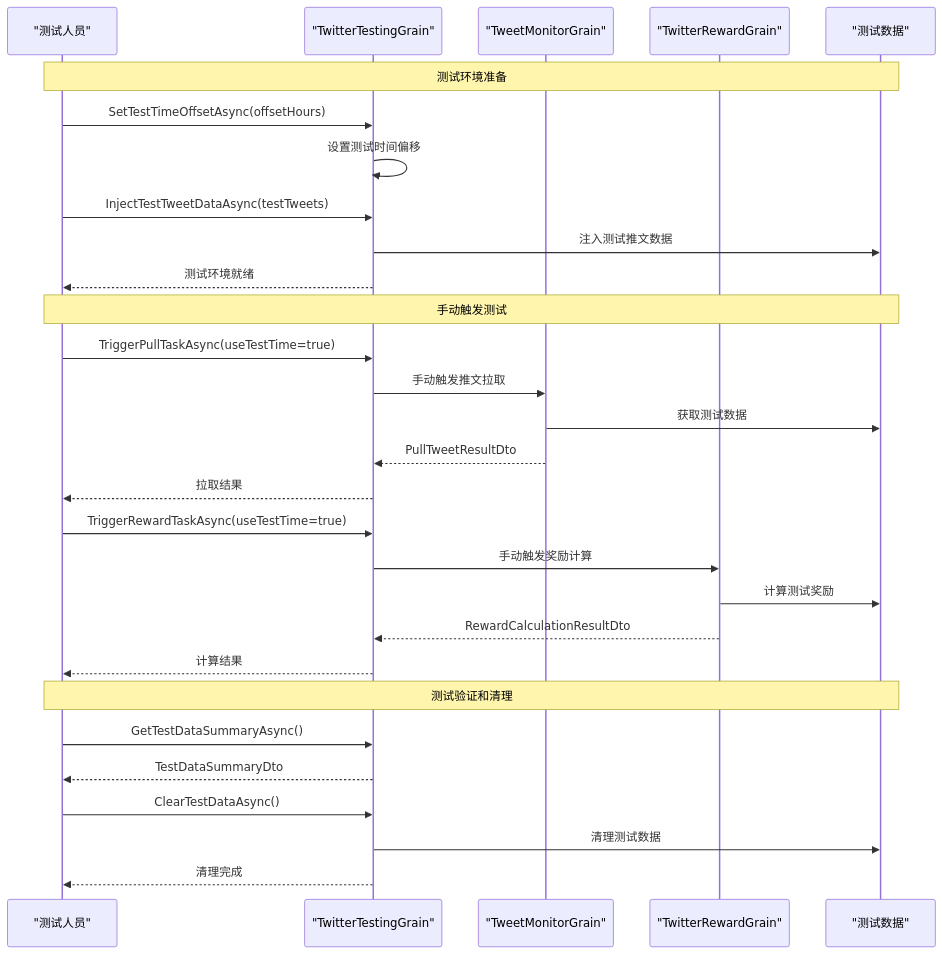
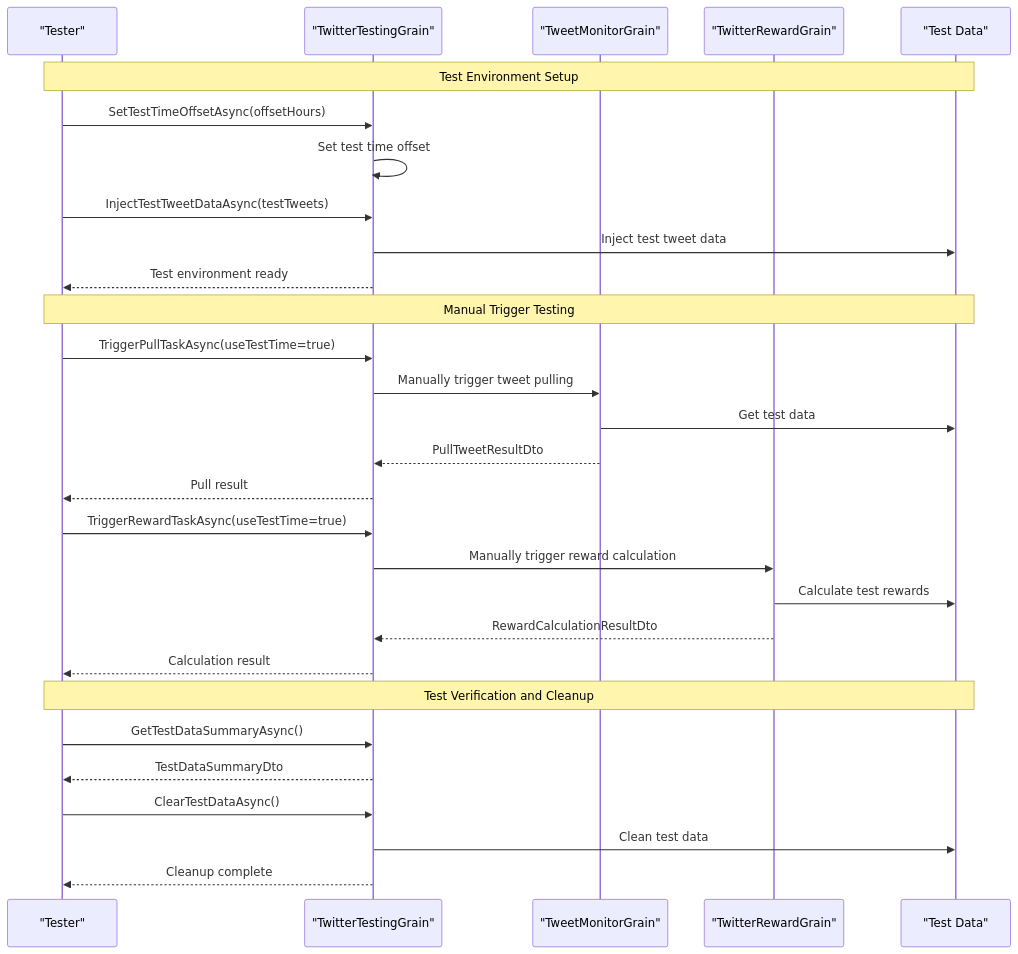
The sixth of 6 diagrams in docs/requirements/req-003-twitter-credits-reward.md (aevatarAI/godgpt), drawn with Mermaid before and after one commit. The commit also changed other lines of this file, not shown here.

First line of the commit message:
docs: Translate Chinese code comments and labels to English in Twitter credits reward system requirements

````diff
--- a/docs/requirements/req-003-twitter-credits-reward.md
+++ b/docs/requirements/req-003-twitter-credits-reward.md
@@ -1367,35 +1367,35 @@
 ```mermaid
 sequenceDiagram
-    participant Tester as "测试人员"
+    participant Tester as "Tester"
     participant TTG as "TwitterTestingGrain"
     participant TMG as "TweetMonitorGrain"
     participant TRG as "TwitterRewardGrain"
-    participant TestData as "测试数据"
+    participant TestData as "Test Data"
 
-    Note over Tester,TestData: 测试环境准备
+    Note over Tester,TestData: Test Environment Setup
     Tester->>TTG: SetTestTimeOffsetAsync(offsetHours)
-    TTG->>TTG: 设置测试时间偏移
+    TTG->>TTG: Set test time offset
     Tester->>TTG: InjectTestTweetDataAsync(testTweets)
-    TTG->>TestData: 注入测试推文数据
-    TTG-->>Tester: 测试环境就绪
+    TTG->>TestData: Inject test tweet data
+    TTG-->>Tester: Test environment ready
     
-    Note over Tester,TestData: 手动触发测试
+    Note over Tester,TestData: Manual Trigger Testing
     Tester->>TTG: TriggerPullTaskAsync(useTestTime=true)
-    TTG->>TMG: 手动触发推文拉取
-    TMG->>TestData: 获取测试数据
+    TTG->>TMG: Manually trigger tweet pulling
+    TMG->>TestData: Get test data
     TMG-->>TTG: PullTweetResultDto
-    TTG-->>Tester: 拉取结果
+    TTG-->>Tester: Pull result
     
     Tester->>TTG: TriggerRewardTaskAsync(useTestTime=true)
-    TTG->>TRG: 手动触发奖励计算
-    TRG->>TestData: 计算测试奖励
+    TTG->>TRG: Manually trigger reward calculation
+    TRG->>TestData: Calculate test rewards
     TRG-->>TTG: RewardCalculationResultDto
-    TTG-->>Tester: 计算结果
+    TTG-->>Tester: Calculation result
     
-    Note over Tester,TestData: 测试验证和清理
+    Note over Tester,TestData: Test Verification and Cleanup
     Tester->>TTG: GetTestDataSummaryAsync()
     TTG-->>Tester: TestDataSummaryDto
     Tester->>TTG: ClearTestDataAsync()
-    TTG->>TestData: 清理测试数据
-    TTG-->>Tester: 清理完成
+    TTG->>TestData: Clean test data
+    TTG-->>Tester: Cleanup complete
 ```
````
